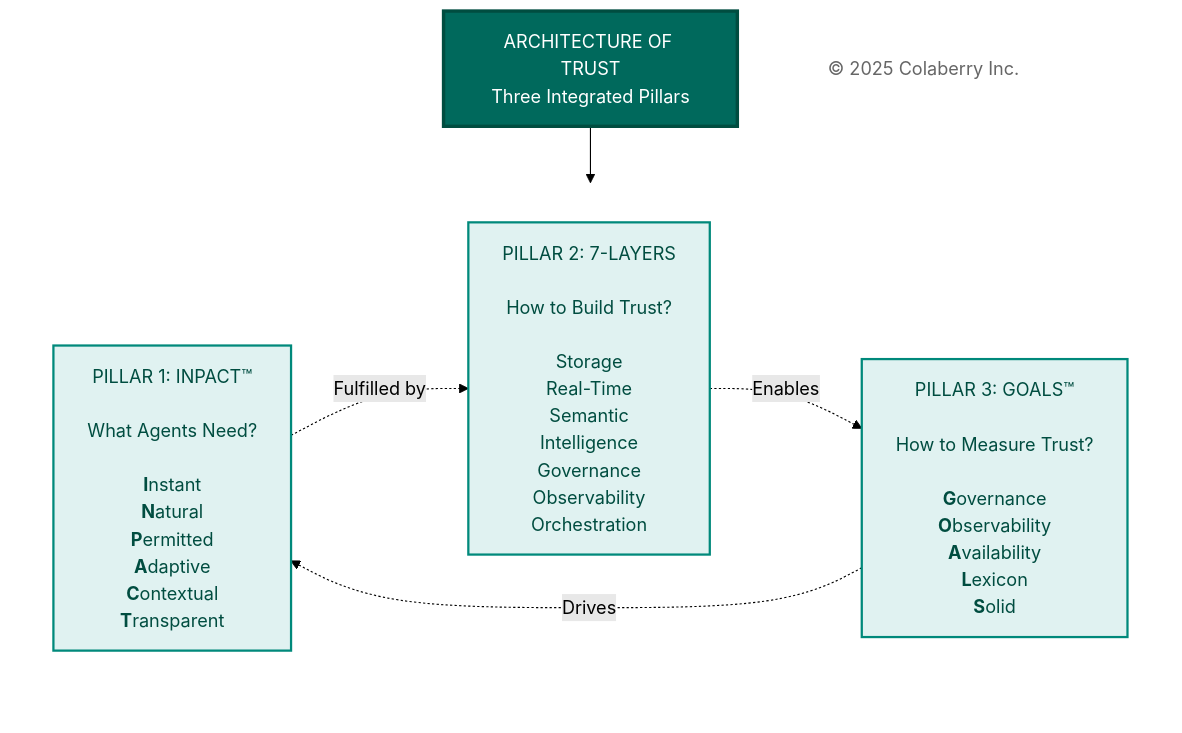
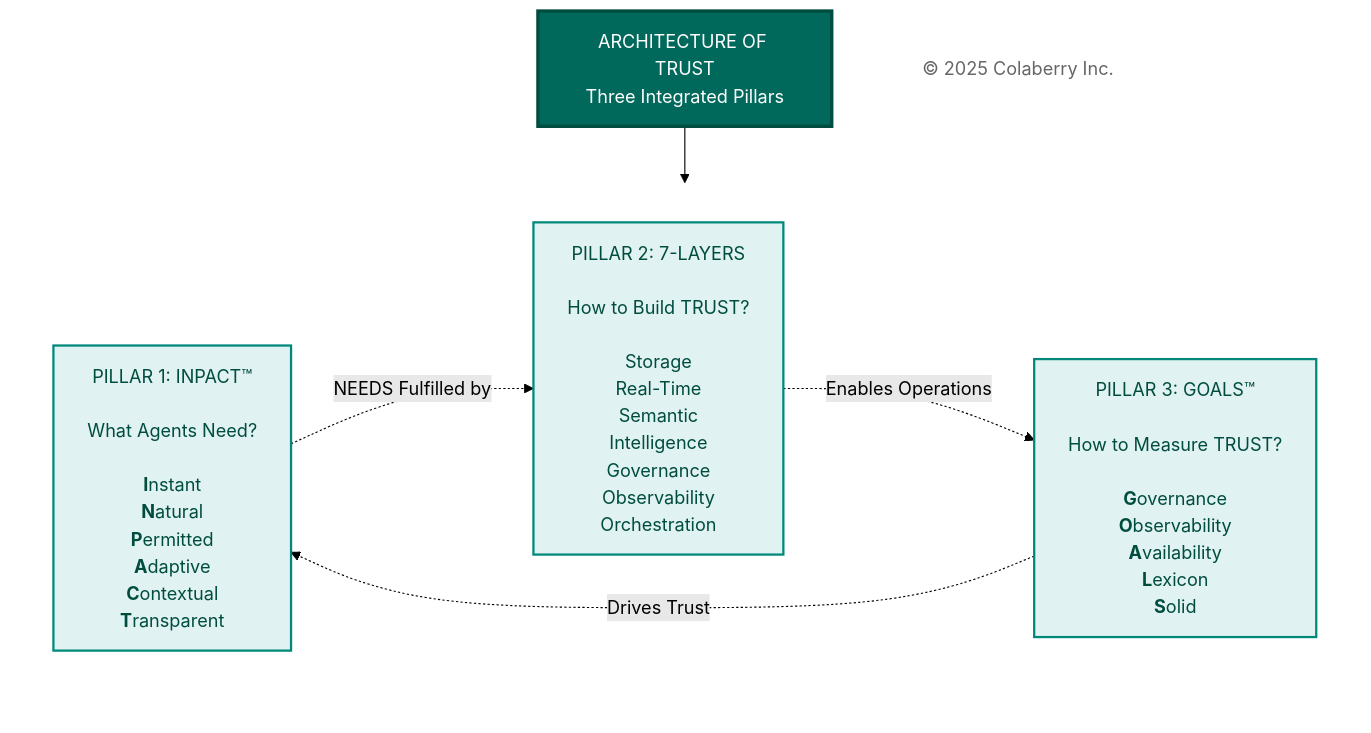
One commit to colaberry/trust-before-intelligence-book changed the fourth of 4 diagrams in manuscript/01_chapter_0_trust_before_intelligence_v2_4.md. Above: the diagram before and after it, drawn with Mermaid (forest theme).

Commit message:
Codifying trust in diagrams
Codifying trust in diagrams

````diff
--- a/manuscript/01_chapter_0_trust_before_intelligence_v2_4.md
+++ b/manuscript/01_chapter_0_trust_before_intelligence_v2_4.md
@@ -315,30 +315,30 @@
 ```mermaid
 
 graph TB
     Title["ARCHITECTURE OF TRUST<br/>Three Integrated Pillars"]
     
     subgraph PILLARS[" "]
         direction LR
         INPACT["PILLAR 1: INPACT™<br/><br/>What Agents Need?<br/><br/><b>I</b>nstant<br/><b>N</b>atural<br/><b>P</b>ermitted<br/><b>A</b>daptive<br/><b>C</b>ontextual<br/><b>T</b>ransparent"]
         
-        Layers["PILLAR 2: 7-LAYERS<br/><br/>How to Build Trust?<br/><br/>Storage<br/>Real-Time<br/>Semantic<br/>Intelligence<br/>Governance<br/>Observability<br/>Orchestration"]
+        Layers["PILLAR 2: 7-LAYERS<br/><br/>How to Build TRUST?<br/><br/>Storage<br/>Real-Time<br/>Semantic<br/>Intelligence<br/>Governance<br/>Observability<br/>Orchestration"]
         
-        GOALS["PILLAR 3: GOALS™<br/><br/>How to Measure Trust?<br/><br/><b>G</b>overnance<br/><b>O</b>bservability<br/><b>A</b>vailability<br/><b>L</b>exicon<br/><b>S</b>olid"]
+        GOALS["PILLAR 3: GOALS™<br/><br/>How to Measure TRUST?<br/><br/><b>G</b>overnance<br/><b>O</b>bservability<br/><b>A</b>vailability<br/><b>L</b>exicon<br/><b>S</b>olid"]
     end
     
     Copyright["© 2025 Colaberry Inc."]
     
     Title --> PILLARS
     
-    INPACT -.->|"Fulfilled by"| Layers
-    Layers -.->|"Enables"| GOALS
-    GOALS -.->|"Drives"| INPACT
+    INPACT -.->|"NEEDS Fulfilled by"| Layers
+    Layers -.->|"Enables Operations"| GOALS
+    GOALS -.->|"Drives Trust"| INPACT
     
     style Title fill:#00695c,color:#ffffff,stroke:#004d40,stroke-width:3px
     style PILLARS fill:none,stroke:none
     style INPACT fill:#e0f2f1,stroke:#00897b,stroke-width:2px,color:#004d40
     style Layers fill:#e0f2f1,stroke:#00897b,stroke-width:2px,color:#004d40
     style GOALS fill:#e0f2f1,stroke:#00897b,stroke-width:2px,color:#004d40
     style Copyright fill:#ffffff,stroke:none,color:#666666
 
 ```
````
